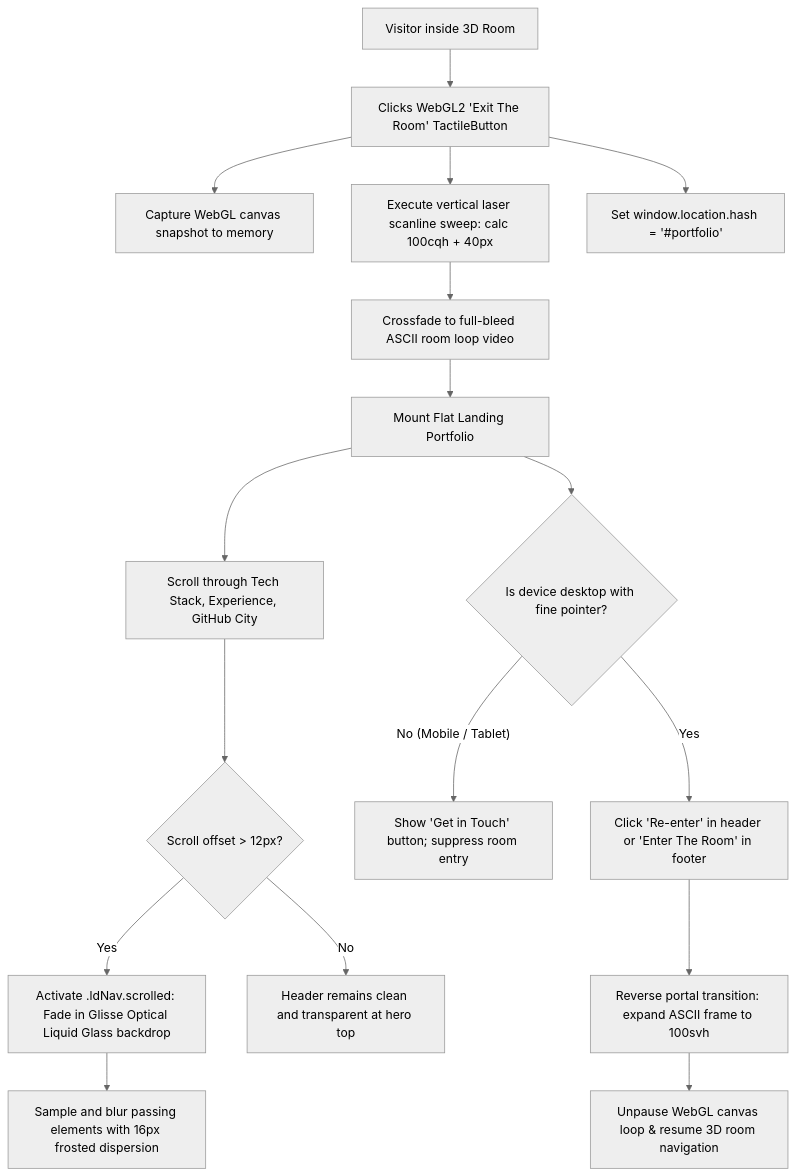
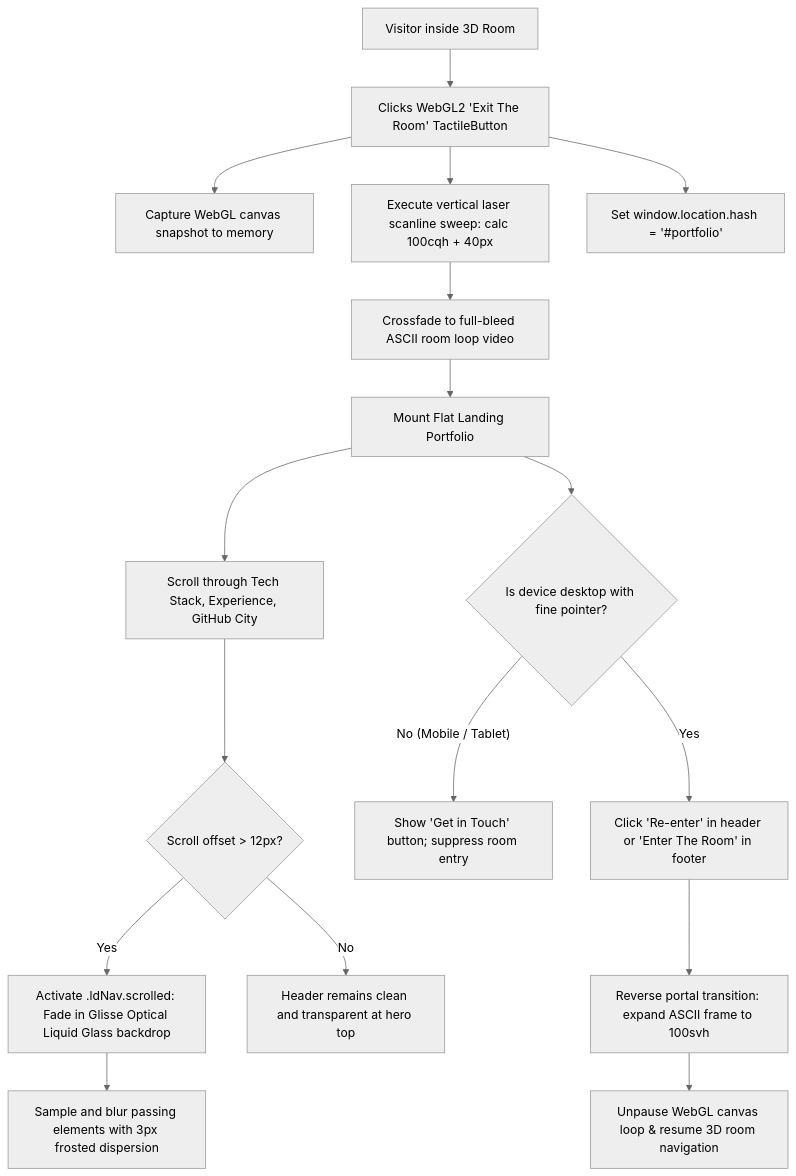
One commit to AmirRghp/protfolio changed the sixth of 6 diagrams in docs/UX_FLOWS.md. Above: the diagram before and after it, drawn with Mermaid (neutral theme). The commit also changed 10 other files, not shown here.

````diff
--- a/docs/UX_FLOWS.md
+++ b/docs/UX_FLOWS.md
@@ -129,23 +129,23 @@
 ```mermaid
 flowchart TD
     InRoom[Visitor inside 3D Room] --> ClickExit[Clicks WebGL2 'Exit The Room' TactileButton]
     ClickExit --> Snapshot[Capture WebGL canvas snapshot to memory]
     ClickExit --> StartPortal[Execute vertical laser scanline sweep: calc 100cqh + 40px]
     ClickExit --> UpdateHash[Set window.location.hash = '#portfolio']
     
     StartPortal --> RevealFlat[Crossfade to full-bleed ASCII room loop video]
     RevealFlat --> FlatLandingActive[Mount Flat Landing Portfolio]
     
     FlatLandingActive --> ScrollExplore[Scroll through Tech Stack, Experience, GitHub City]
     
     ScrollExplore --> ScrollThreshold{Scroll offset > 12px?}
     ScrollThreshold -- Yes --> ScrolledNav[Activate .ldNav.scrolled: Fade in Glisse Optical Liquid Glass backdrop]
-    ScrolledNav --> OpticRefraction[Sample and blur passing elements with 16px frosted dispersion]
+    ScrolledNav --> OpticRefraction[Sample and blur passing elements with 3px frosted dispersion]
     ScrollThreshold -- No --> TransparentNav[Header remains clean and transparent at hero top]
     
     FlatLandingActive --> CheckReenterDevice{Is device desktop with fine pointer?}
     CheckReenterDevice -- No (Mobile / Tablet) --> MobileNav[Show 'Get in Touch' button; suppress room entry]
     CheckReenterDevice -- Yes --> ClickReenter[Click 'Re-enter' in header or 'Enter The Room' in footer]
     ClickReenter --> ExpandVideo[Reverse portal transition: expand ASCII frame to 100svh]
     ExpandVideo --> RestoreRoom[Unpause WebGL canvas loop & resume 3D room navigation]
 ```
````
